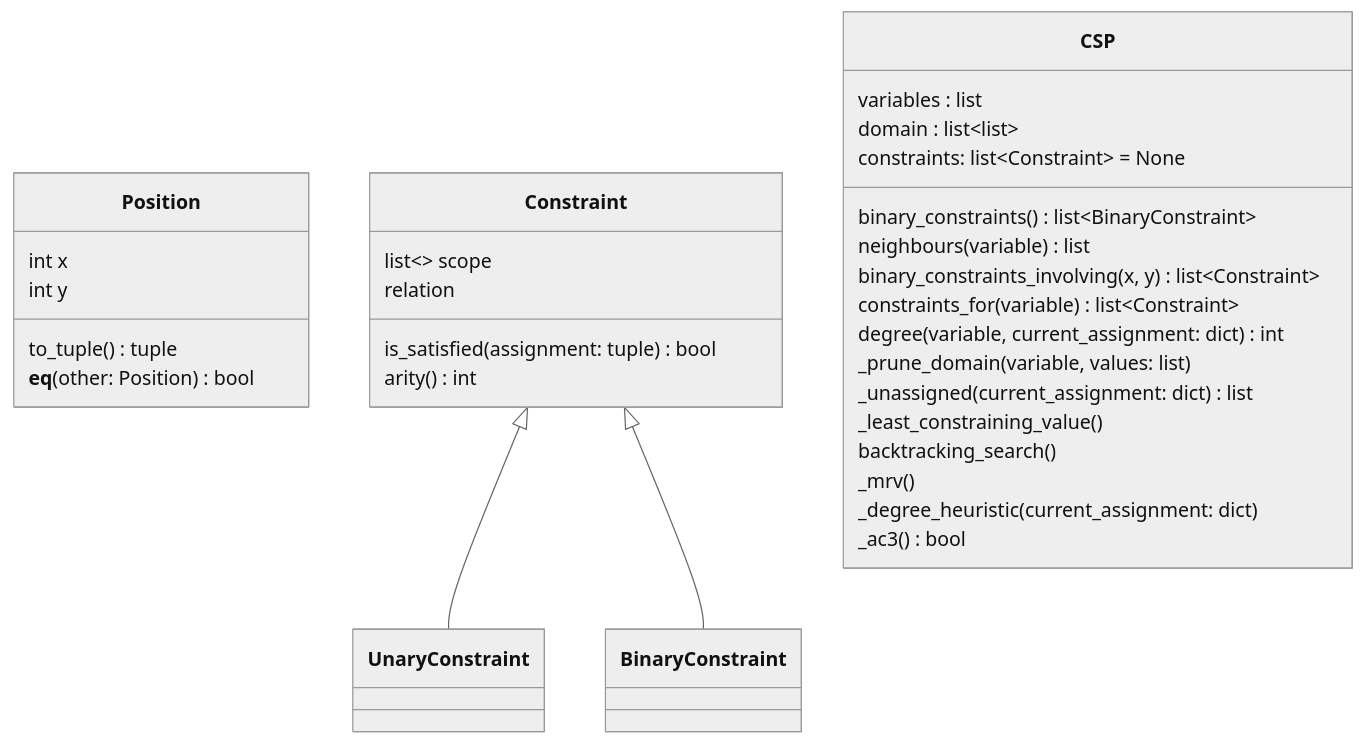
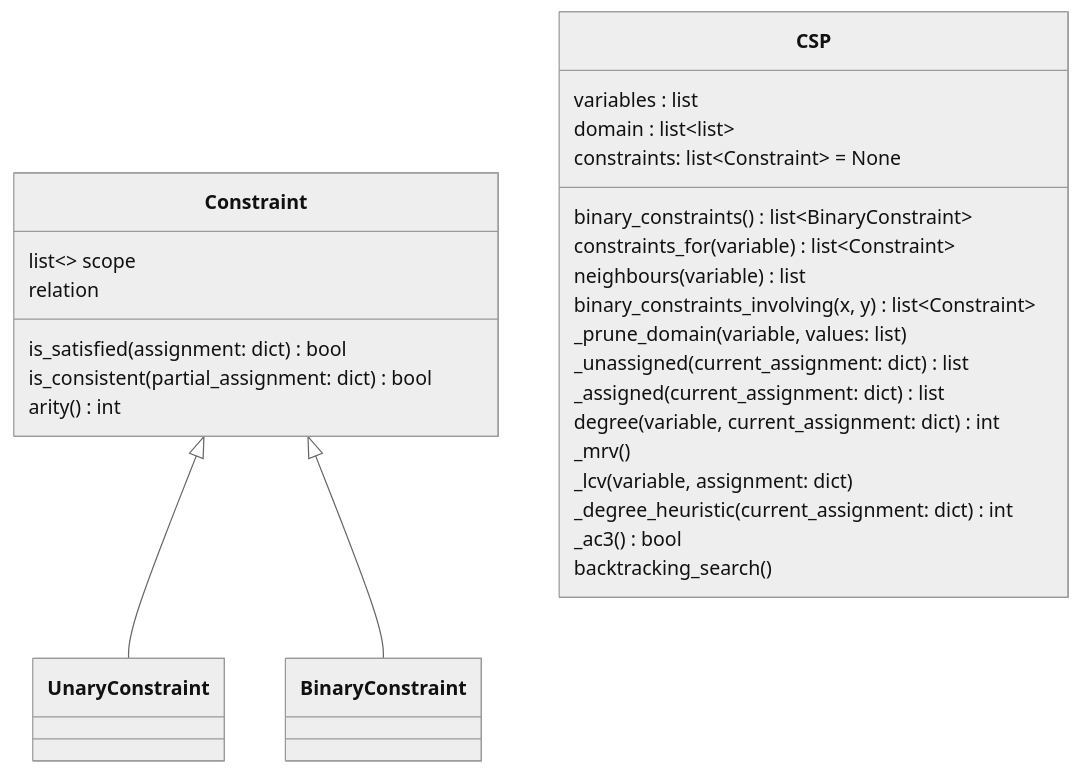
One commit to juliadeg/Labyrinth changed the first of 2 diagrams in UML.md. Above: the diagram before and after it, drawn with Mermaid (neutral theme). The commit also changed 2 other files, not shown here.

Commit message:
Updated CSP UML Graph

````diff
--- a/UML.md
+++ b/UML.md
@@ -4,61 +4,60 @@
 ```mermaid
 classDiagram
-    class Position {
-        int x
-        int y
-
-        to_tuple() tuple
-        __eq__(other: Position) bool
-    }
 
     class Constraint {
         list~~ scope
         relation
 
-        is_satisfied(assignment: tuple) bool
+        is_satisfied(assignment: dict) bool
+        is_consistent(partial_assignment: dict) bool
+
         arity() int
     }
     
     class UnaryConstraint{
 
         }
 
     Constraint <|-- UnaryConstraint
 
     class BinaryConstraint{
         
     }
 
     Constraint <|-- BinaryConstraint
 
     class CSP {
         variables : list 
         domain : list~list~
         constraints: list~Constraint~ = None
 
         binary_constraints() list~BinaryConstraint~
+
+        constraints_for(variable) list~Constraint~
         
         neighbours(variable) list
         
         binary_constraints_involving(x, y) list~Constraint~
 
-        constraints_for(variable) list~Constraint~
+        _prune_domain(variable, values: list)
+
+        _unassigned(current_assignment: dict) list
+
+        _assigned(current_assignment: dict) list 
 
         degree(variable, current_assignment: dict) int
         
-        _prune_domain(variable, values: list)
+        _mrv()
 
-        _unassigned(current_assignment: dict) list 
+        
 
-        _least_constraining_value()
+        _lcv(variable, assignment: dict) 
+
+        _degree_heuristic(current_assignment: dict) int
+
+        _ac3() bool
 
         backtracking_search()
-
-        _mrv()
-
-        _degree_heuristic(current_assignment: dict)
-
-        _ac3() bool
     }
 
 ```
````
